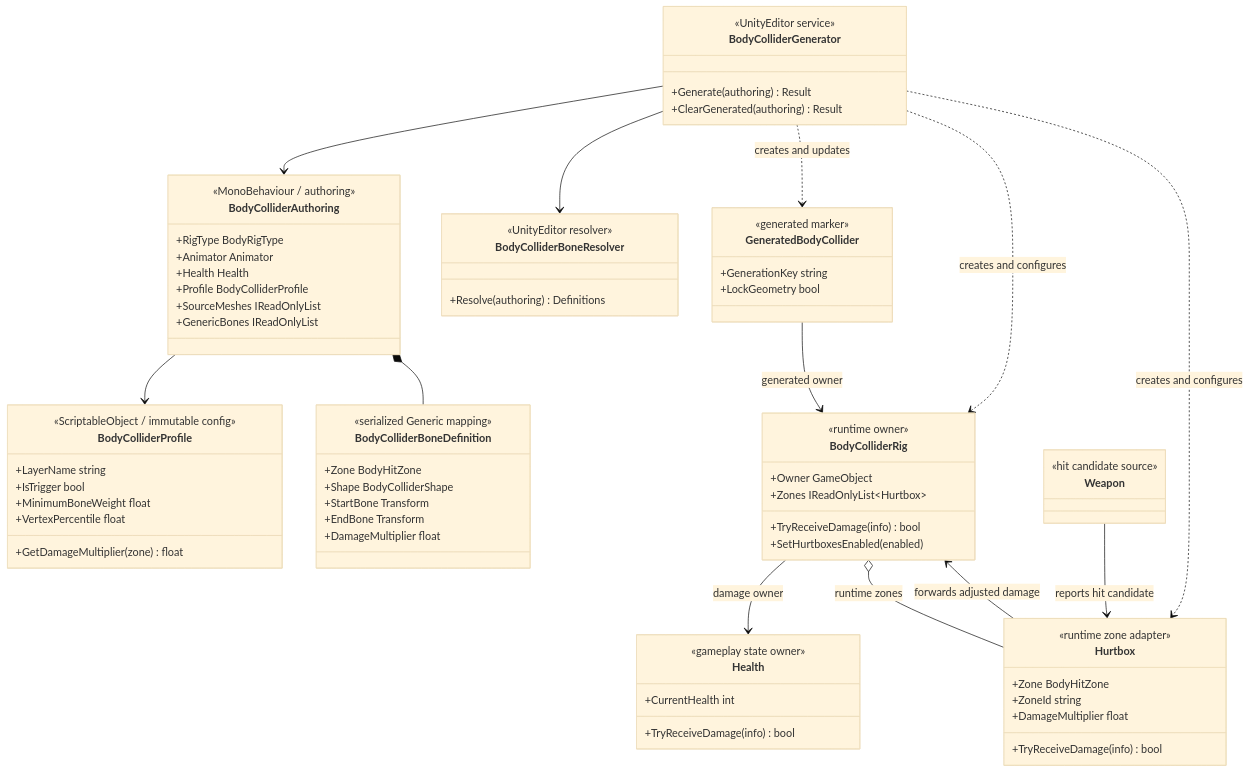
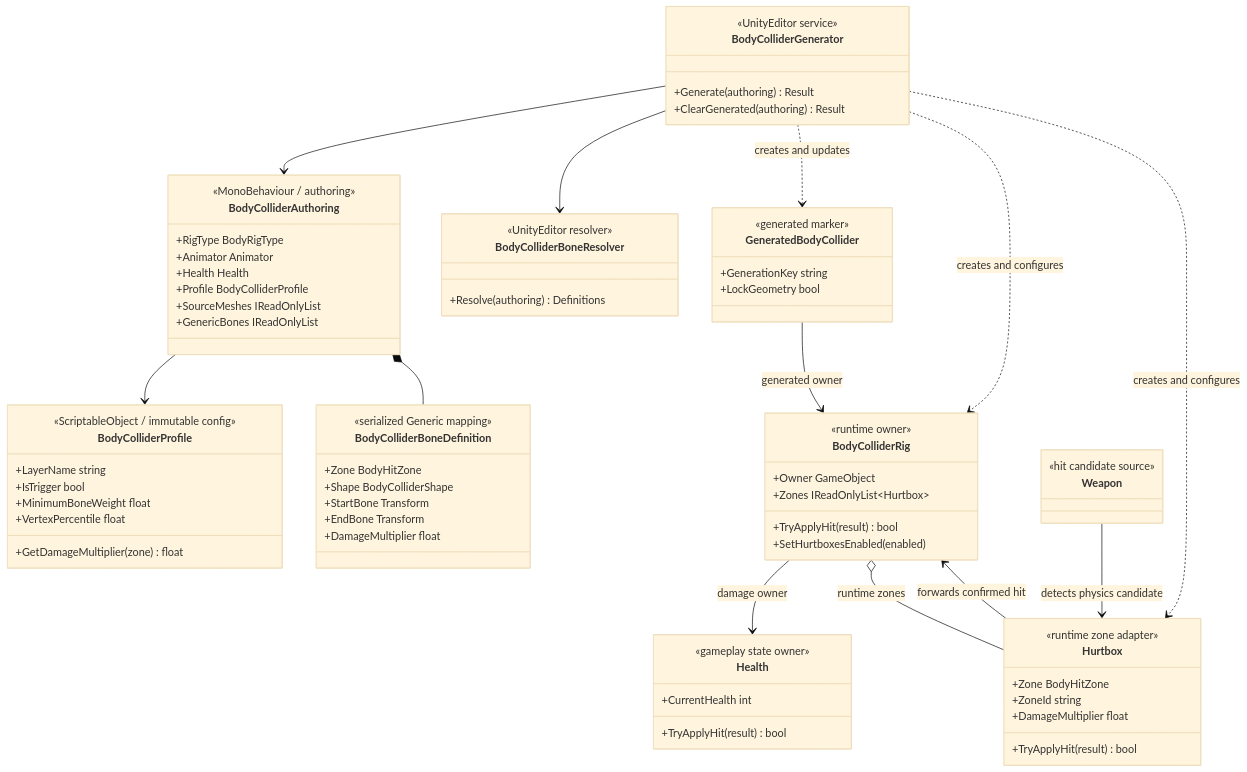
One commit to MaximFonariuc/project-s changed the diagram in Docs/Architecture/Combat.BodyColliders.md. Above: the diagram before and after it, drawn with Mermaid (base theme). The commit also changed other lines of this file and 25 other files, not shown here.

````diff
--- a/Docs/Architecture/Combat.BodyColliders.md
+++ b/Docs/Architecture/Combat.BodyColliders.md
@@ -66,7 +66,7 @@
         <<runtime owner>>
         +Owner GameObject
         +Zones IReadOnlyList~Hurtbox~
-        +TryReceiveDamage(info) bool
+        +TryApplyHit(result) bool
         +SetHurtboxesEnabled(enabled)
     }
 
@@ -75,13 +75,13 @@
         +Zone BodyHitZone
         +ZoneId string
         +DamageMultiplier float
-        +TryReceiveDamage(info) bool
+        +TryApplyHit(result) bool
     }
 
     class Health {
         <<gameplay state owner>>
         +CurrentHealth int
-        +TryReceiveDamage(info) bool
+        +TryApplyHit(result) bool
     }
 
     class Weapon {
@@ -98,6 +98,6 @@
     GeneratedBodyCollider --> BodyColliderRig : generated owner
     BodyColliderRig --> Health : damage owner
     BodyColliderRig o-- Hurtbox : runtime zones
-    Hurtbox --> BodyColliderRig : forwards adjusted damage
-    Weapon --> Hurtbox : reports hit candidate
+    Hurtbox --> BodyColliderRig : forwards confirmed hit
+    Weapon --> Hurtbox : detects physics candidate
 ```
````
